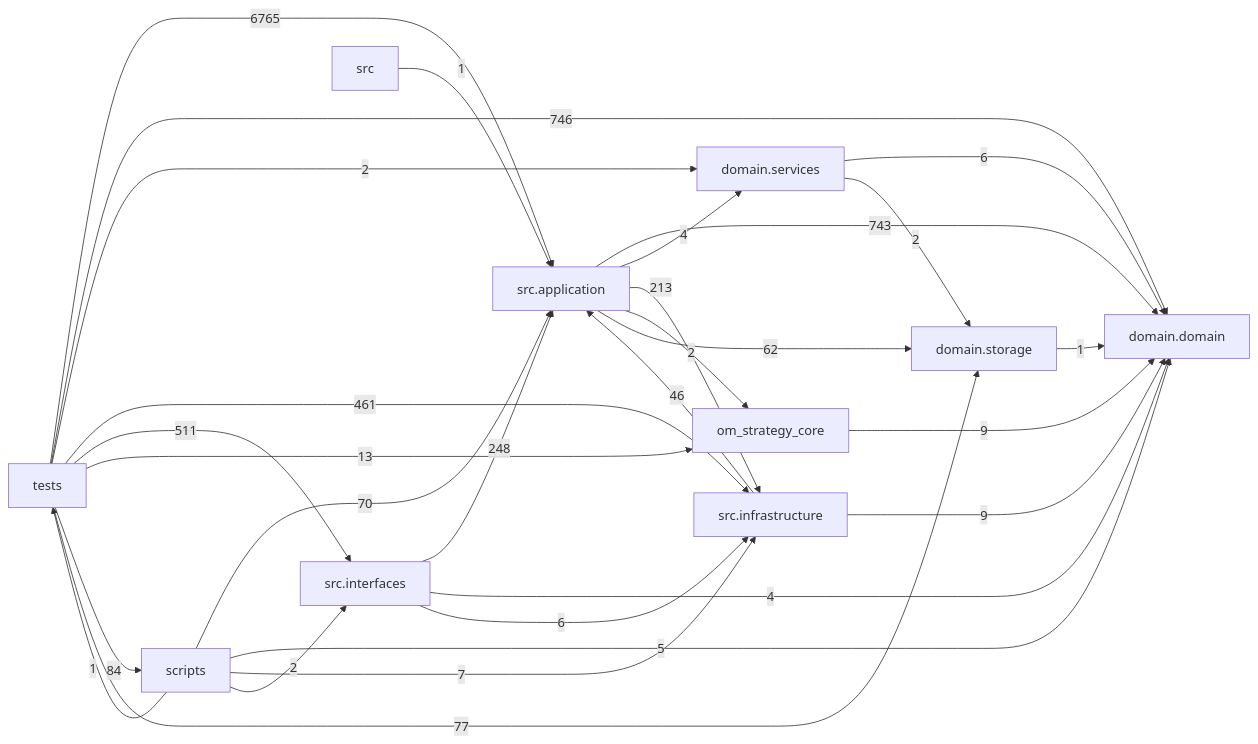
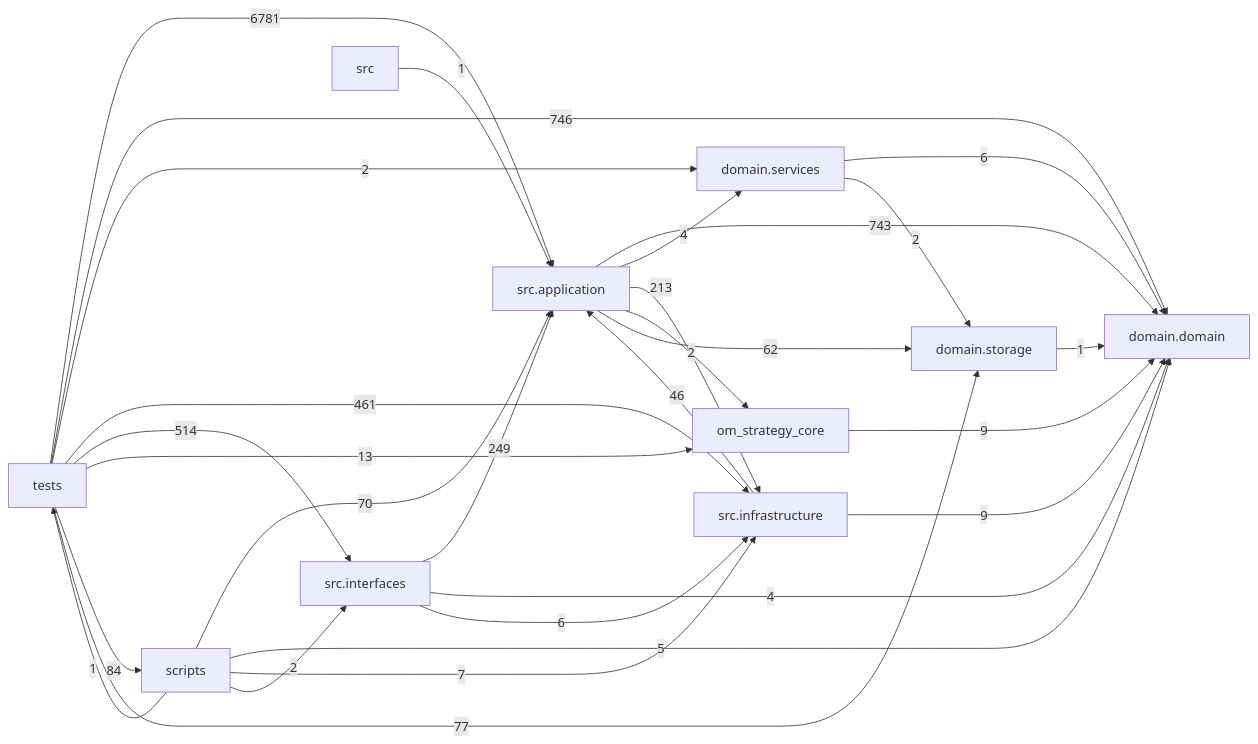
The diagram in docs/DEPENDENCY_GRAPH.md (liuxie066/options-monitor), drawn with Mermaid before and after one commit. The commit also changed other lines of this file and 10 other files, not shown here.

````diff
--- a/docs/DEPENDENCY_GRAPH.md
+++ b/docs/DEPENDENCY_GRAPH.md
@@ -24,39 +24,39 @@
 ```mermaid
 flowchart LR
   tests["tests"]
   scripts["scripts"]
   interfaces["src.interfaces"]
   application["src.application"]
   infrastructure["src.infrastructure"]
   domain_services["domain.services"]
   domain["domain.domain"]
   storage["domain.storage"]
   application -->|743| domain
   application -->|4| domain_services
   application -->|213| infrastructure
   application -->|2| om_strategy_core
   application -->|62| storage
   domain_services -->|6| domain
   domain_services -->|2| storage
   infrastructure -->|46| application
   infrastructure -->|9| domain
-  interfaces -->|248| application
+  interfaces -->|249| application
   interfaces -->|4| domain
   interfaces -->|6| infrastructure
   om_strategy_core -->|9| domain
   scripts -->|70| application
   scripts -->|5| domain
   scripts -->|7| infrastructure
   scripts -->|2| interfaces
   scripts -->|1| tests
   src -->|1| application
   storage -->|1| domain
-  tests -->|6765| application
+  tests -->|6781| application
   tests -->|746| domain
   tests -->|2| domain_services
   tests -->|461| infrastructure
-  tests -->|511| interfaces
+  tests -->|514| interfaces
   tests -->|13| om_strategy_core
   tests -->|84| scripts
   tests -->|77| storage
 ```
````
